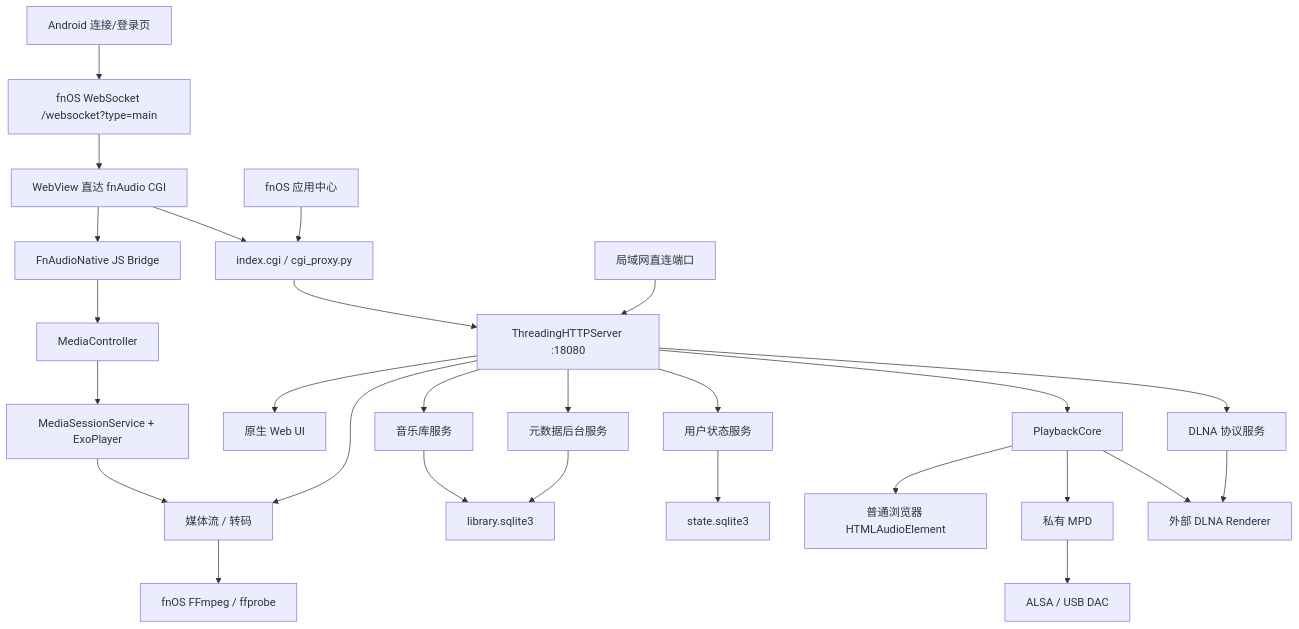
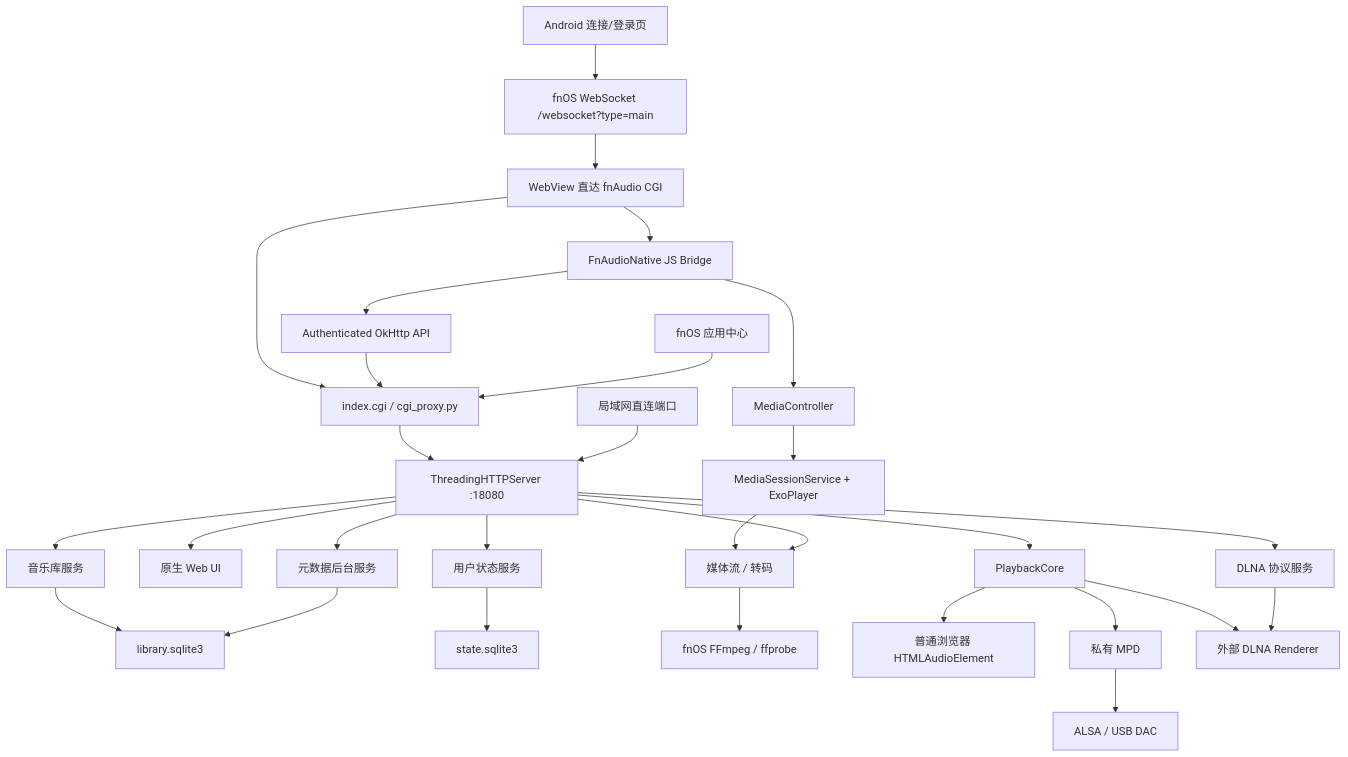
Before and after one commit to vinson023/fnaudio: the diagram in ARCHITECTURE.md, drawn with Mermaid. The commit also changed other lines of this file and 21 other files, not shown here.

````diff
--- a/ARCHITECTURE.md
+++ b/ARCHITECTURE.md
@@ -21,33 +21,35 @@
 ```mermaid
 flowchart TD
     LOGIN["Android 连接/登录页"] --> WS["fnOS WebSocket /websocket?type=main"]
     WS --> WEBVIEW["WebView 直达 fnAudio CGI"]
     WEBVIEW --> CGI
     WEBVIEW --> BRIDGE["FnAudioNative JS Bridge"]
+    BRIDGE --> AUTHHTTP["Authenticated OkHttp API"]
+    AUTHHTTP --> CGI
     BRIDGE --> CONTROLLER["MediaController"]
     CONTROLLER --> SERVICE["MediaSessionService + ExoPlayer"]
     SERVICE --> MEDIA
 
     FNOS["fnOS 应用中心"] --> CGI["index.cgi / cgi_proxy.py"]
     CGI --> HTTP["ThreadingHTTPServer :18080"]
     DIRECT["局域网直连端口"] --> HTTP
 
     HTTP --> UI["原生 Web UI"]
     HTTP --> LIB["音乐库服务"]
     HTTP --> CORE["PlaybackCore"]
     HTTP --> DLNA["DLNA 协议服务"]
     HTTP --> META["元数据后台服务"]
     HTTP --> STATE["用户状态服务"]
     HTTP --> MEDIA["媒体流 / 转码"]
 
     LIB --> DB["library.sqlite3"]
     META --> DB
     STATE --> SDB["state.sqlite3"]
     MEDIA --> FFMPEG["fnOS FFmpeg / ffprobe"]
 
     CORE --> BROWSER["普通浏览器 HTMLAudioElement"]
     CORE --> MPD["私有 MPD"]
     MPD --> ALSA["ALSA / USB DAC"]
     CORE --> EXTERNAL["外部 DLNA Renderer"]
     DLNA --> EXTERNAL
 ```
````
